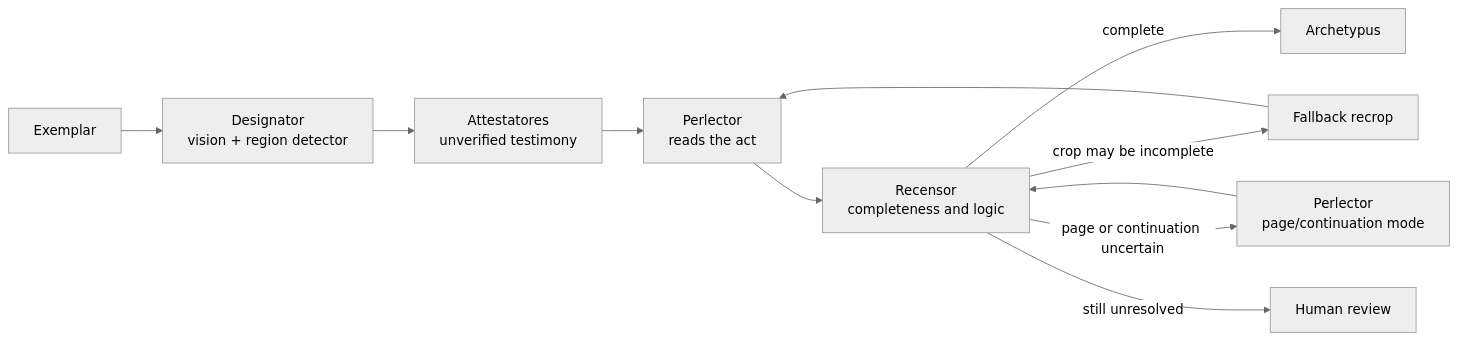
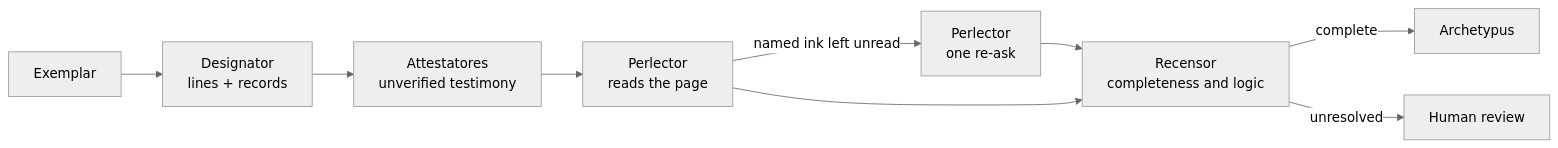
Before and after one commit to MegaSlick/Apparatus-Verbatus-Alpha: the second of 2 diagrams in ARCHITECTURE.md, drawn with Mermaid (neutral theme). The commit also changed other lines of this file and 2 other files, not shown here.

````diff
--- a/ARCHITECTURE.md
+++ b/ARCHITECTURE.md
@@ -125,14 +152,12 @@
 ```mermaid
 flowchart LR
-    E["Exemplar"] --> D["Designator<br/>vision + region detector"]
+    E["Exemplar"] --> D["Designator<br/>lines + records"]
     D --> A["Attestatores<br/>unverified testimony"]
-    A --> P["Perlector<br/>reads the act"]
+    A --> P["Perlector<br/>reads the page"]
+    P -->|"named ink left unread"| Q["Perlector<br/>one re-ask"]
+    Q --> R
     P --> R["Recensor<br/>completeness and logic"]
 
     R -->|"complete"| AR["Archetypus"]
-    R -->|"crop may be incomplete"| C["Fallback recrop"]
-    C --> P
-    R -->|"page or continuation uncertain"| PP["Perlector<br/>page/continuation mode"]
-    PP --> R
-    R -->|"still unresolved"| H["Human review"]
+    R -->|"unresolved"| H["Human review"]
 ```
````
